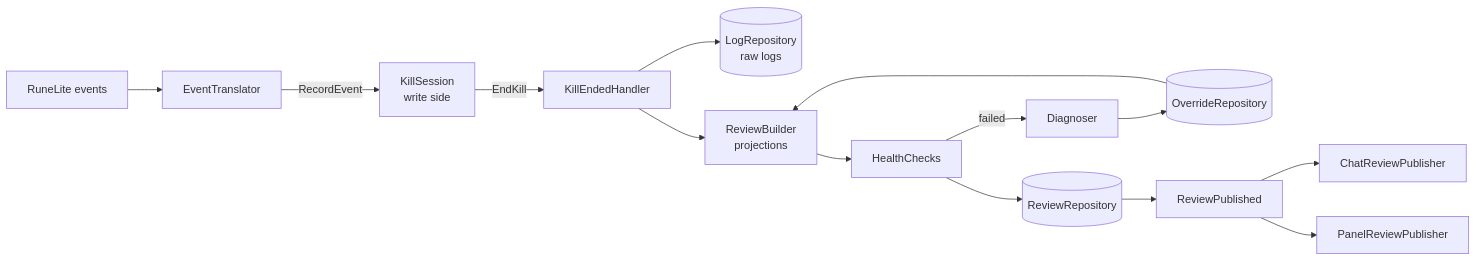
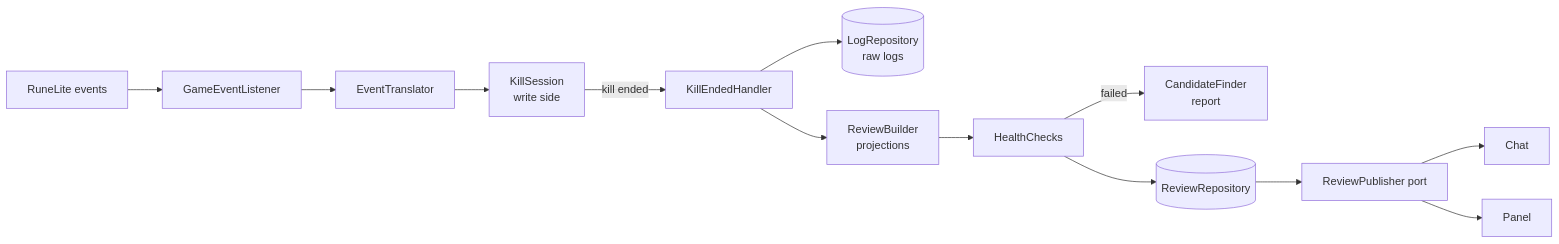
Before and after one commit to stefanws0/Yama-Mia-: the second of 2 diagrams in docs/superpowers/specs/2026-09-24-yama-reviewer-design.md, drawn with Mermaid. The commit also changed other lines of this file and 1 other file, not shown here.

````diff
--- a/docs/superpowers/specs/2026-09-24-yama-reviewer-design.md
+++ b/docs/superpowers/specs/2026-09-24-yama-reviewer-design.md
@@ -128,16 +136,15 @@
 ```mermaid
 flowchart LR
-  R[RuneLite events] --> T[EventTranslator]
-  T -->|RecordEvent| S[KillSession<br/>write side]
-  S -->|EndKill| H[KillEndedHandler]
+  R[RuneLite events] --> G[GameEventListener]
+  G --> T[EventTranslator]
+  T --> S[KillSession<br/>write side]
+  S -->|kill ended| H[KillEndedHandler]
   H --> L[(LogRepository<br/>raw logs)]
   H --> B[ReviewBuilder<br/>projections]
   B --> C[HealthChecks]
-  C -->|failed| D[Diagnoser]
-  D --> O[(OverrideRepository)]
-  O --> B
+  C -->|failed| D[CandidateFinder<br/>report]
   C --> V[(ReviewRepository)]
-  V --> P[ReviewPublished]
-  P --> CH[ChatReviewPublisher]
-  P --> PA[PanelReviewPublisher]
+  V --> P[ReviewPublisher port]
+  P --> CH[Chat]
+  P --> PA[Panel]
 ```
````
